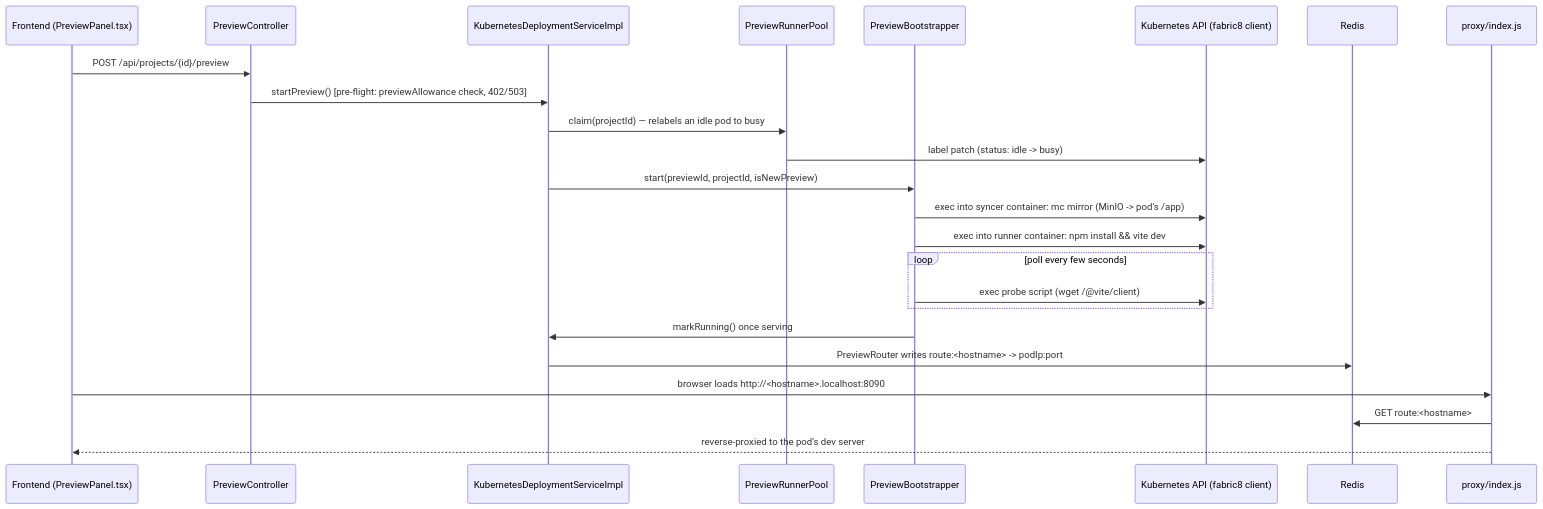
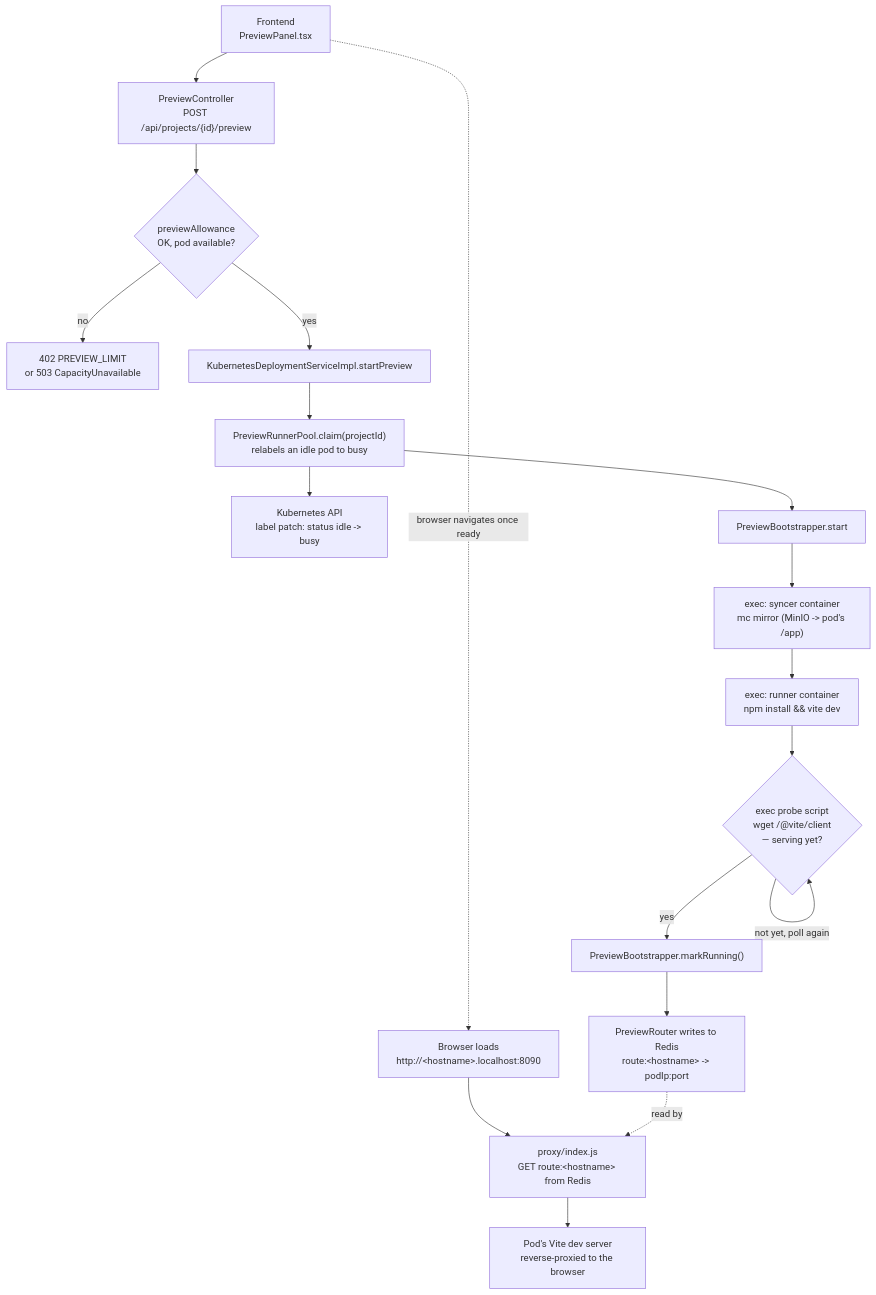
The second of 2 diagrams in docs/architecture/request-flows.md (Divyanshu2805/vibecraft), drawn with Mermaid before and after one commit. The commit also changed other lines of this file and 2 other files, not shown here.

Commit message:
docs: replace ASCII-art and sequence diagrams with Mermaid flowcharts
The system-context diagrams in README.md and docs/architecture/
were plain box-drawing text, not Mermaid at all. The AI-generation
and live-preview request flows were Mermaid sequenceDiagrams. All
four are now flowchart TD diagrams for a consistent diagram style
across the docs, with the same information (including the real file
paths and step ordering) preserved as edge labels and node text.

````diff
--- a/docs/architecture/request-flows.md
+++ b/docs/architecture/request-flows.md
@@ -55,27 +62,29 @@
 ```mermaid
-sequenceDiagram
-    participant FE as Frontend (PreviewPanel.tsx)
-    participant PC as PreviewController
-    participant KD as KubernetesDeploymentServiceImpl
-    participant Pool as PreviewRunnerPool
-    participant Boot as PreviewBootstrapper
-    participant K8s as Kubernetes API (fabric8 client)
-    participant Redis as Redis
-    participant Proxy as proxy/index.js
+flowchart TD
+    FE["Frontend<br/>PreviewPanel.tsx"]
+    PC["PreviewController<br/>POST /api/projects/{id}/preview"]
+    Allow{"previewAllowance<br/>OK, pod available?"}
+    Deny["402 PREVIEW_LIMIT<br/>or 503 CapacityUnavailable"]
+    KD["KubernetesDeploymentServiceImpl.startPreview"]
+    Pool["PreviewRunnerPool.claim(projectId)<br/>relabels an idle pod to busy"]
+    Label["Kubernetes API<br/>label patch: status idle -> busy"]
+    Boot["PreviewBootstrapper.start"]
+    Sync["exec: syncer container<br/>mc mirror (MinIO -> pod's /app)"]
+    Run["exec: runner container<br/>npm install && vite dev"]
+    Probe{"exec probe script<br/>wget /@vite/client<br/>— serving yet?"}
+    Running["PreviewBootstrapper.markRunning()"]
+    Router["PreviewRouter writes to Redis<br/>route:&lt;hostname&gt; -> podIp:port"]
+    Browser2["Browser loads<br/>http://&lt;hostname&gt;.localhost:8090"]
+    Proxy["proxy/index.js<br/>GET route:&lt;hostname&gt; from Redis"]
+    Dev["Pod's Vite dev server<br/>reverse-proxied to the browser"]
 
-    FE->>PC: POST /api/projects/{id}/preview
-    PC->>KD: startPreview() [pre-flight: previewAllowance check, 402/503]
-    KD->>Pool: claim(projectId) — relabels an idle pod to busy
-    Pool->>K8s: label patch (status: idle -> busy)
-    KD->>Boot: start(previewId, projectId, isNewPreview)
-    Boot->>K8s: exec into syncer container: mc mirror (MinIO -> pod's /app)
-    Boot->>K8s: exec into runner container: npm install && vite dev
-    loop poll every few seconds
-        Boot->>K8s: exec probe script (wget /@vite/client)
-    end
-    Boot->>KD: markRunning() once serving
-    KD->>Redis: PreviewRouter writes route:<hostname> -> podIp:port
-    FE->>Proxy: browser loads http://<hostname>.localhost:8090
-    Proxy->>Redis: GET route:<hostname>
-    Proxy-->>FE: reverse-proxied to the pod's dev server
+    FE --> PC --> Allow
+    Allow -- no --> Deny
+    Allow -- yes --> KD --> Pool --> Label
+    Pool --> Boot
+    Boot --> Sync --> Run --> Probe
+    Probe -- "not yet, poll again" --> Probe
+    Probe -- yes --> Running --> Router
+    FE -.->|"browser navigates once ready"| Browser2 --> Proxy --> Dev
+    Router -.->|"read by"| Proxy
 ```
````
